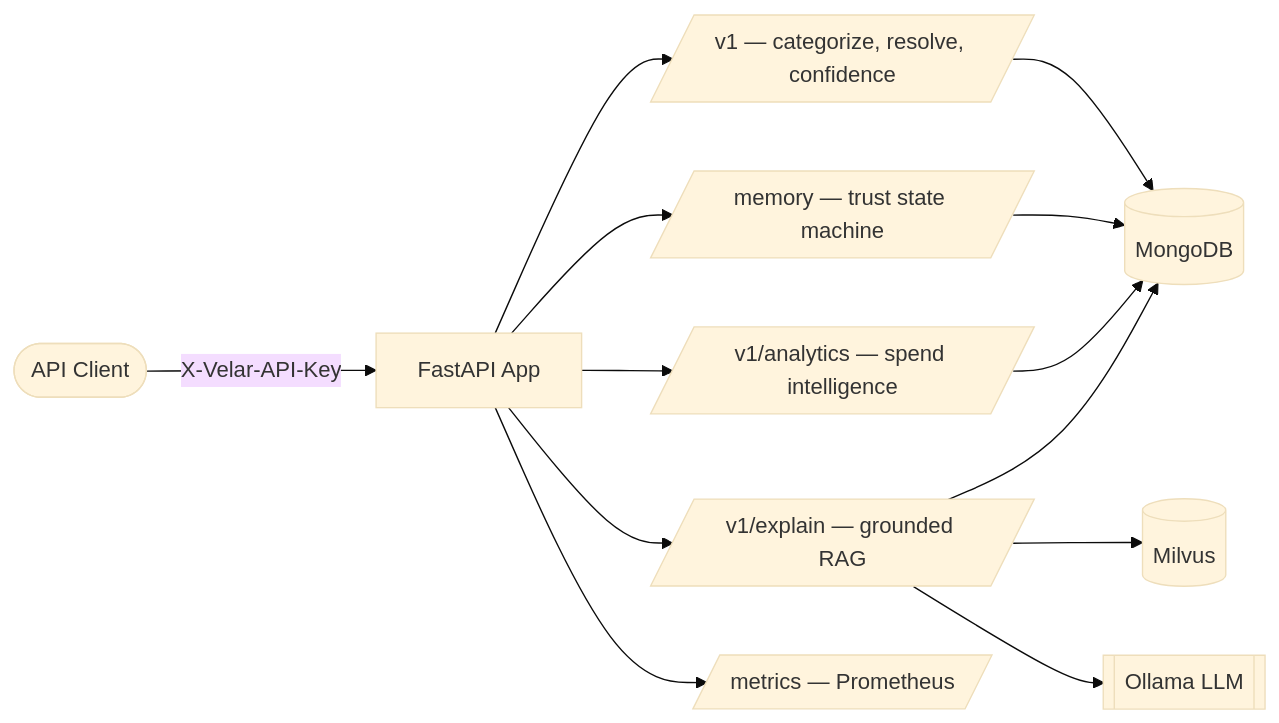
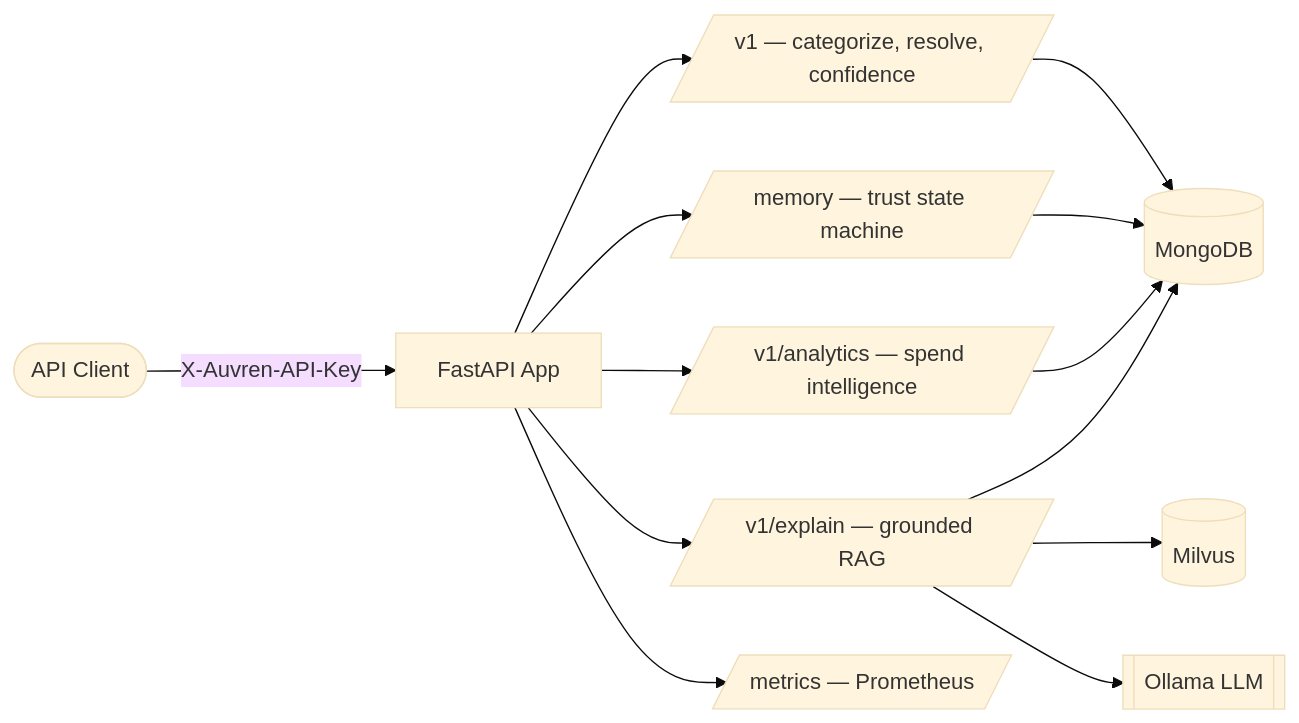
The diagram in README.md (lokeshramchand-ctrl/miravelt), drawn with Mermaid (base theme) before and after one commit. The commit also changed other lines of this file and 112 other files, not shown here.

````diff
--- a/README.md
+++ b/README.md
@@ -66,15 +66,15 @@
 ```mermaid
 flowchart LR
-    Client([API Client]) -->|X-Velar-API-Key| API[FastAPI App]
+    Client([API Client]) -->|X-Auvren-API-Key| API[FastAPI App]
     API --> V1[/v1 — categorize, resolve, confidence/]
     API --> MEM[/memory — trust state machine/]
     API --> ANA[/v1/analytics — spend intelligence/]
     API --> RAG[/v1/explain — grounded RAG/]
     V1 --> Mongo[(MongoDB)]
     MEM --> Mongo
     ANA --> Mongo
     RAG --> Mongo
     RAG --> Milvus[(Milvus)]
     RAG --> Ollama[[Ollama LLM]]
     API --> Prom[/metrics — Prometheus/]
 ```
````
